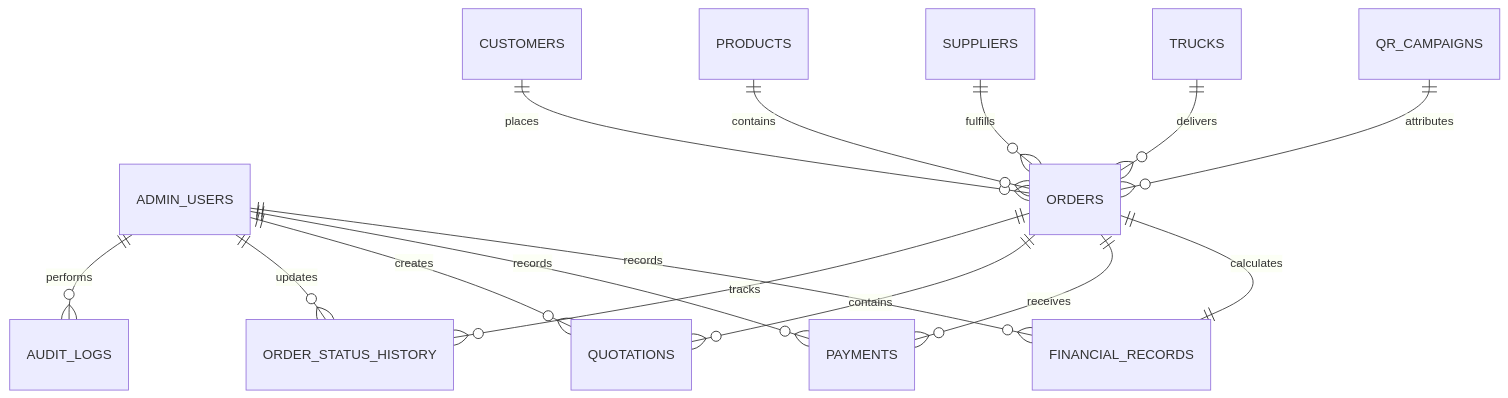
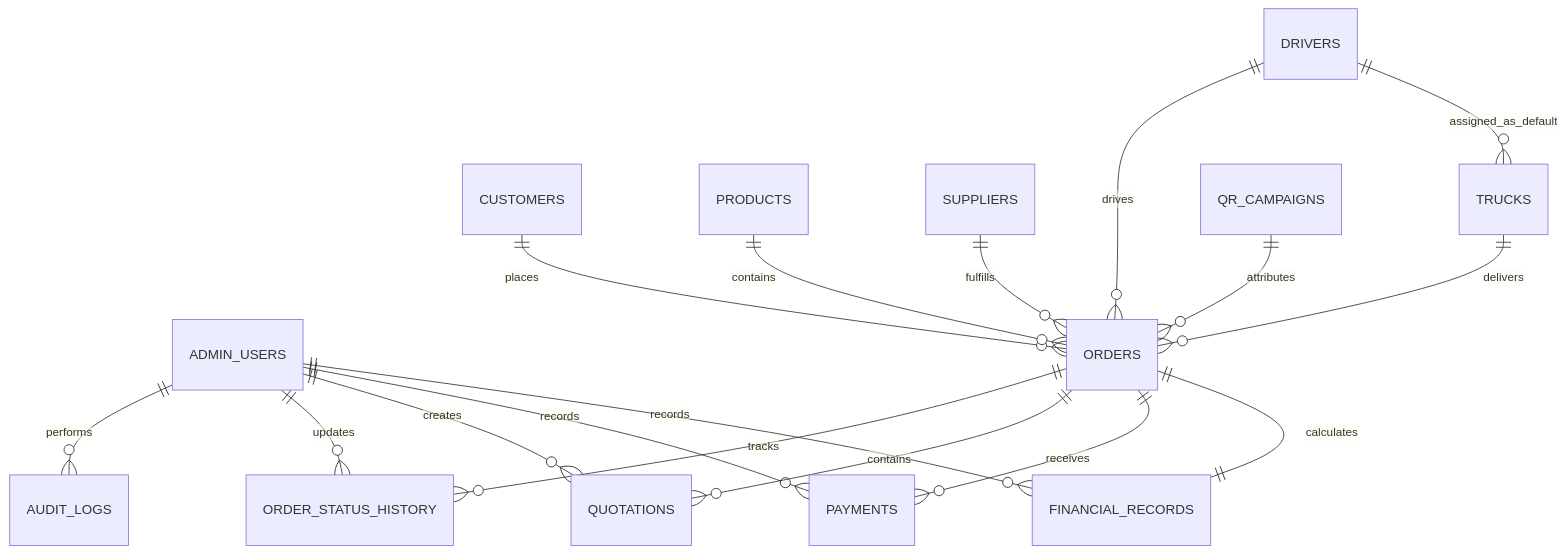
Before and after one commit to ishwaribhoyar/business: the diagram in docs/database.md, drawn with Mermaid. The commit also changed other lines of this file and 15 other files, not shown here.

Commit message:
fix(phase-0.1): decouple drivers from trucks, qualify database claims, update traceability and product scope

````diff
--- a/docs/database.md
+++ b/docs/database.md
@@ -13,19 +16,21 @@
 ```mermaid
 erDiagram
     ADMIN_USERS ||--o{ AUDIT_LOGS : performs
     ADMIN_USERS ||--o{ ORDER_STATUS_HISTORY : updates
     ADMIN_USERS ||--o{ QUOTATIONS : creates
     ADMIN_USERS ||--o{ PAYMENTS : records
     ADMIN_USERS ||--o{ FINANCIAL_RECORDS : records
 
     CUSTOMERS ||--o{ ORDERS : places
     PRODUCTS ||--o{ ORDERS : contains
     SUPPLIERS ||--o{ ORDERS : fulfills
     TRUCKS ||--o{ ORDERS : delivers
+    DRIVERS ||--o{ ORDERS : drives
+    DRIVERS ||--o{ TRUCKS : assigned_as_default
     QR_CAMPAIGNS ||--o{ ORDERS : attributes
 
     ORDERS ||--o{ ORDER_STATUS_HISTORY : tracks
     ORDERS ||--o{ QUOTATIONS : contains
     ORDERS ||--o{ PAYMENTS : receives
     ORDERS ||--|| FINANCIAL_RECORDS : calculates
 ```
````
